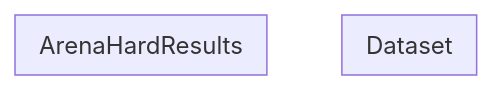
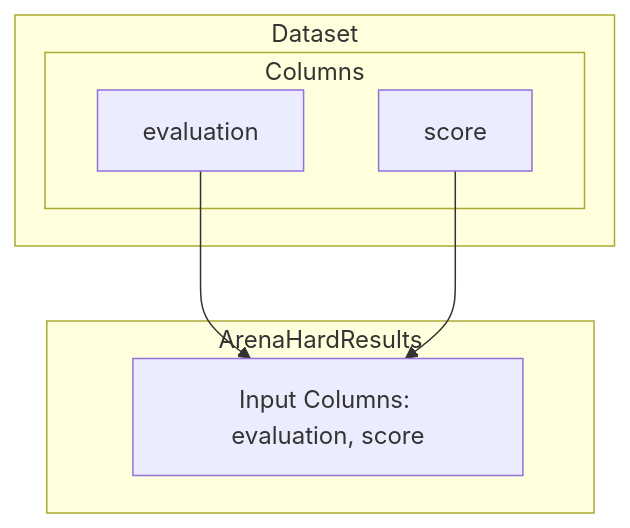
The diagram in dev/components-gallery/steps/arenahardresults.md (argilla-io/distilabel), drawn with Mermaid before and after one commit. The commit also changed other lines of this file and 163 other files, not shown here.

````diff
--- a/dev/components-gallery/steps/arenahardresults.md
+++ b/dev/components-gallery/steps/arenahardresults.md
@@ -29,10 +30,17 @@
 ``` mermaid
 graph TD
 	subgraph Dataset
+		subgraph Columns
+			ICOL0[evaluation]
+			ICOL1[score]
+		end
 	end
 
 	subgraph ArenaHardResults
+		StepInput[Input Columns: evaluation, score]
 	end
 
+	ICOL0 --> StepInput
+	ICOL1 --> StepInput
 
 ```
````
